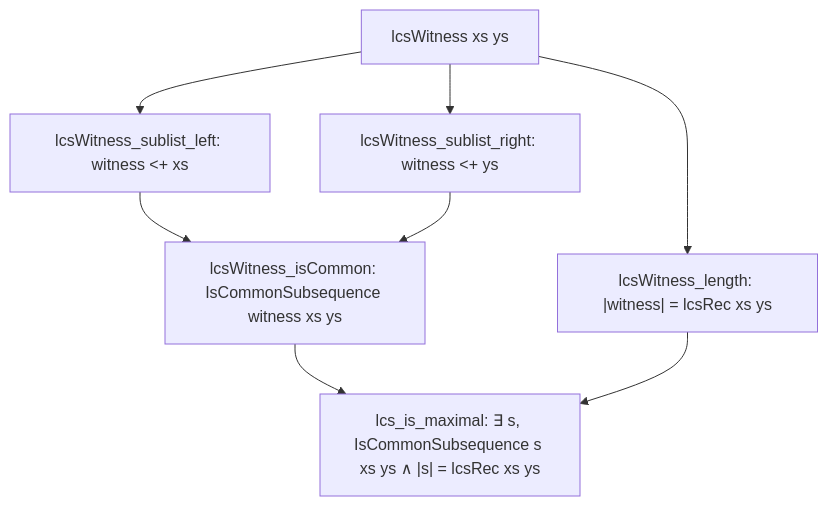
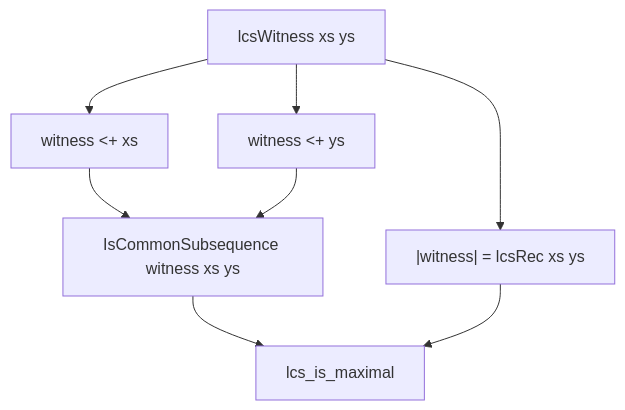
The first of 2 diagrams in Amort/String/LCS.md (tanaeem-moosa/amort), drawn with Mermaid before and after one commit. The commit also changed other lines of this file and 169 other files, not shown here.

````diff
--- a/Amort/String/LCS.md
+++ b/Amort/String/LCS.md
@@ -64,12 +71,12 @@
 ```mermaid
 graph TD
-    lcsWitnessDef["lcsWitness xs ys"] --> lcsWitnessSublistLeft["lcsWitness_sublist_left: witness <+ xs"]
-    lcsWitnessDef --> lcsWitnessSublistRight["lcsWitness_sublist_right: witness <+ ys"]
-    lcsWitnessSublistLeft --> lcsWitnessIsCommon["lcsWitness_isCommon: IsCommonSubsequence witness xs ys"]
-    lcsWitnessSublistRight --> lcsWitnessIsCommon
+    lcsWitnessDef["lcsWitness xs ys"] --> lcsWitnessSubLeft["witness <+ xs"]
+    lcsWitnessDef --> lcsWitnessSubRight["witness <+ ys"]
+    lcsWitnessSubLeft --> lcsWitnessIsCommon["IsCommonSubsequence witness xs ys"]
+    lcsWitnessSubRight --> lcsWitnessIsCommon
     
-    lcsWitnessDef --> lcsWitnessLength["lcsWitness_length: |witness| = lcsRec xs ys"]
+    lcsWitnessDef --> lcsWitnessLength["|witness| = lcsRec xs ys"]
     
-    lcsWitnessIsCommon --> lcsIsMaximal["lcs_is_maximal: ∃ s, IsCommonSubsequence s xs ys ∧ |s| = lcsRec xs ys"]
+    lcsWitnessIsCommon --> lcsIsMaximal["lcs_is_maximal"]
     lcsWitnessLength --> lcsIsMaximal
 ```
````
